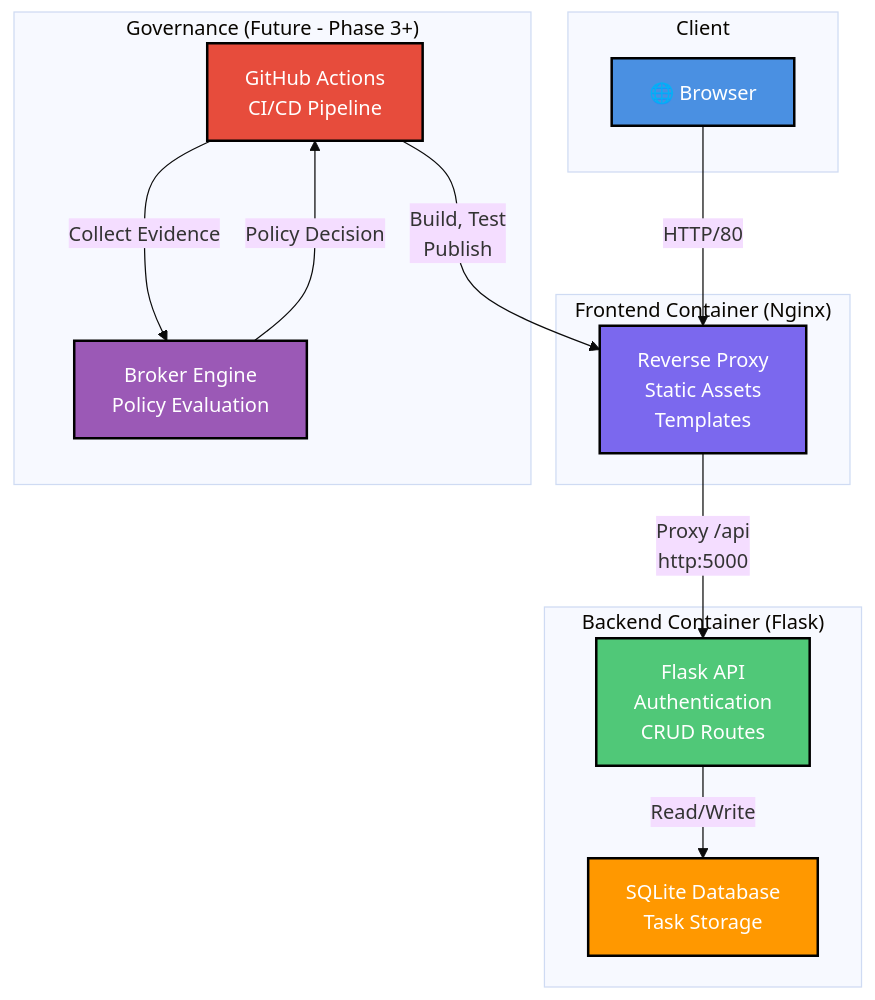
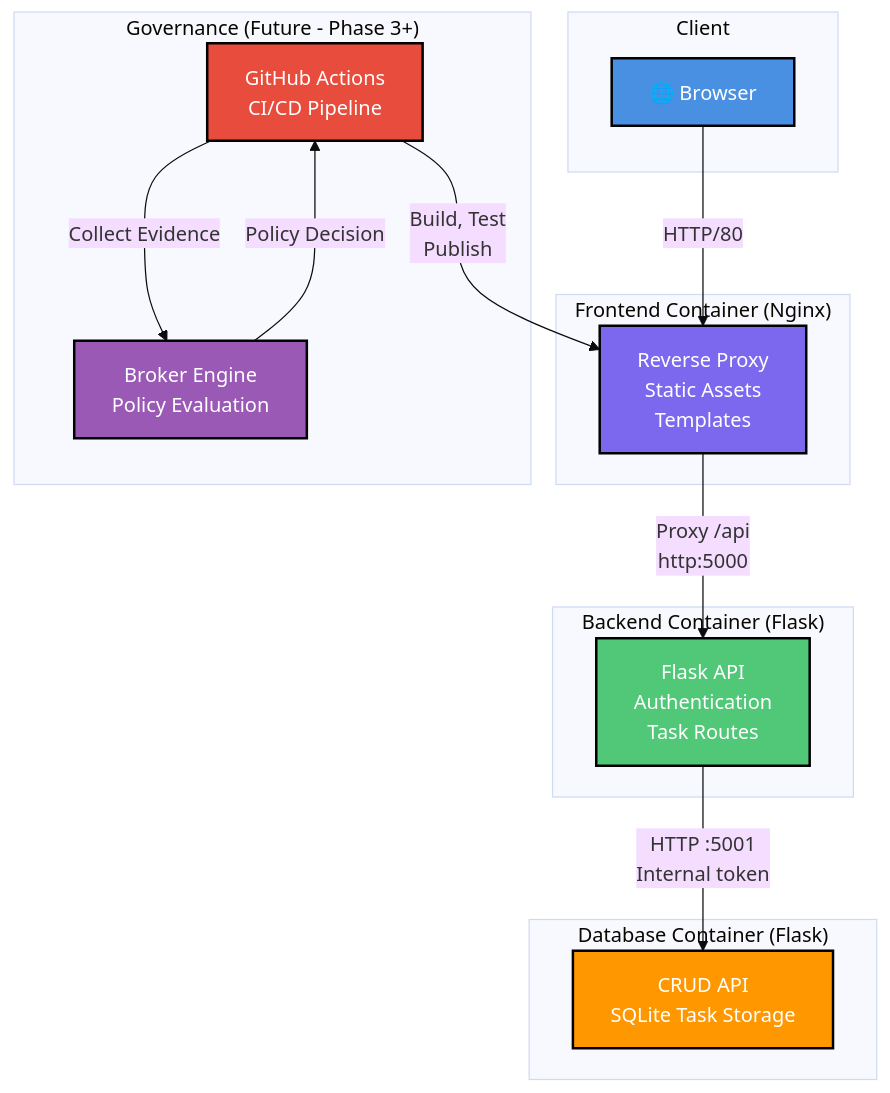
Before and after one commit to Georges034302/DRA2.0-POC-Demo-app: the first of 3 diagrams in docs/architecture.md, drawn with Mermaid (base theme). The commit also changed other lines of this file and 24 other files, not shown here.

````diff
--- a/docs/architecture.md
+++ b/docs/architecture.md
@@ -16,34 +16,37 @@
 ```mermaid
 graph TB
     subgraph Client["Client"]
         Browser["🌐 Browser"]
     end
     
     subgraph Frontend["Frontend Container (Nginx)"]
         FE["Reverse Proxy<br/>Static Assets<br/>Templates"]
     end
     
     subgraph Backend["Backend Container (Flask)"]
-        API["Flask API<br/>Authentication<br/>CRUD Routes"]
-        DB["SQLite Database<br/>Task Storage"]
+        API["Flask API<br/>Authentication<br/>Task Routes"]
+    end
+
+    subgraph Database["Database Container (Flask)"]
+        DB["CRUD API<br/>SQLite Task Storage"]
     end
     
     subgraph Governance["Governance (Future - Phase 3+)"]
         CI["GitHub Actions<br/>CI/CD Pipeline"]
         Broker["Broker Engine<br/>Policy Evaluation"]
     end
     
     Browser -->|HTTP/80| FE
     FE -->|Proxy /api<br/>http:5000| API
-    API -->|Read/Write| DB
+    API -->|HTTP :5001<br/>Internal token| DB
     CI -->|Build, Test<br/>Publish| FE
     CI -->|Collect Evidence| Broker
     Broker -->|Policy Decision| CI
     
     style Browser fill:#4A90E2,stroke:#000,stroke-width:2px,color:#fff
     style FE fill:#7B68EE,stroke:#000,stroke-width:2px,color:#fff
     style API fill:#50C878,stroke:#000,stroke-width:2px,color:#fff
     style DB fill:#FF9800,stroke:#000,stroke-width:2px,color:#fff
     style CI fill:#E74C3C,stroke:#000,stroke-width:2px,color:#fff
     style Broker fill:#9B59B6,stroke:#000,stroke-width:2px,color:#fff
 ```
````
